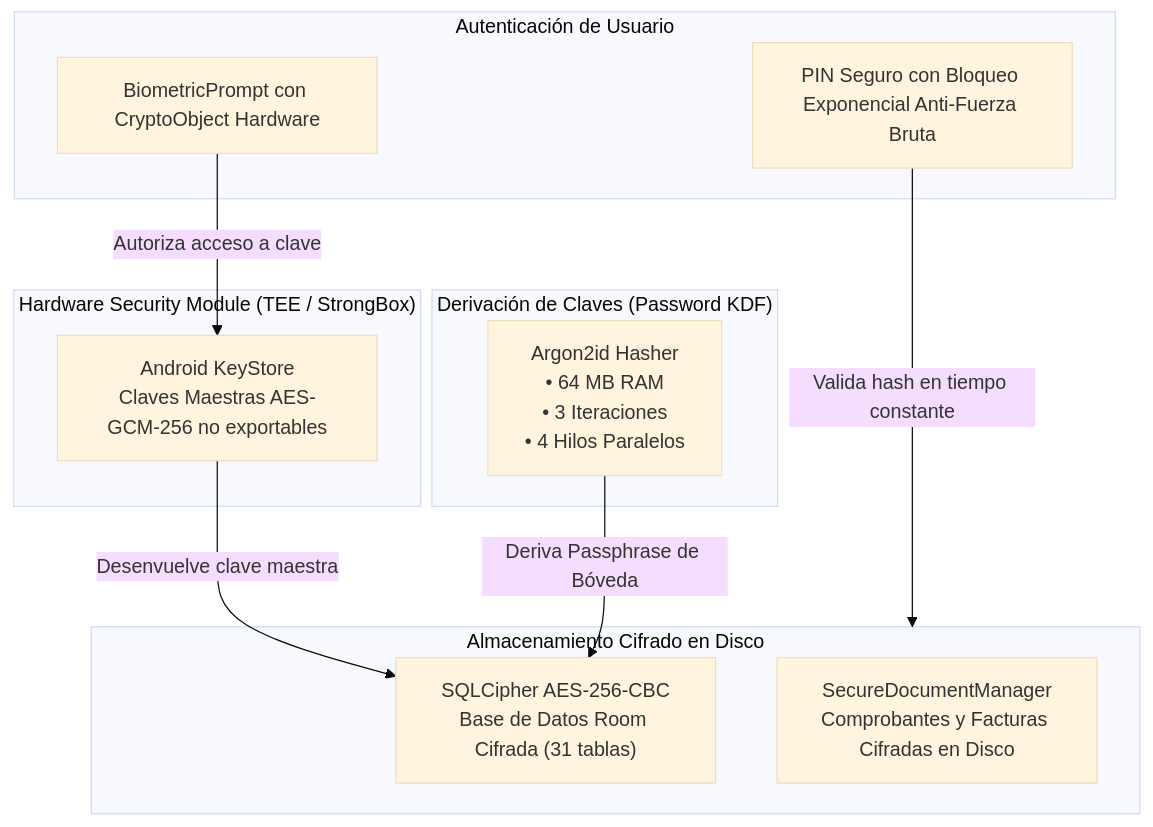
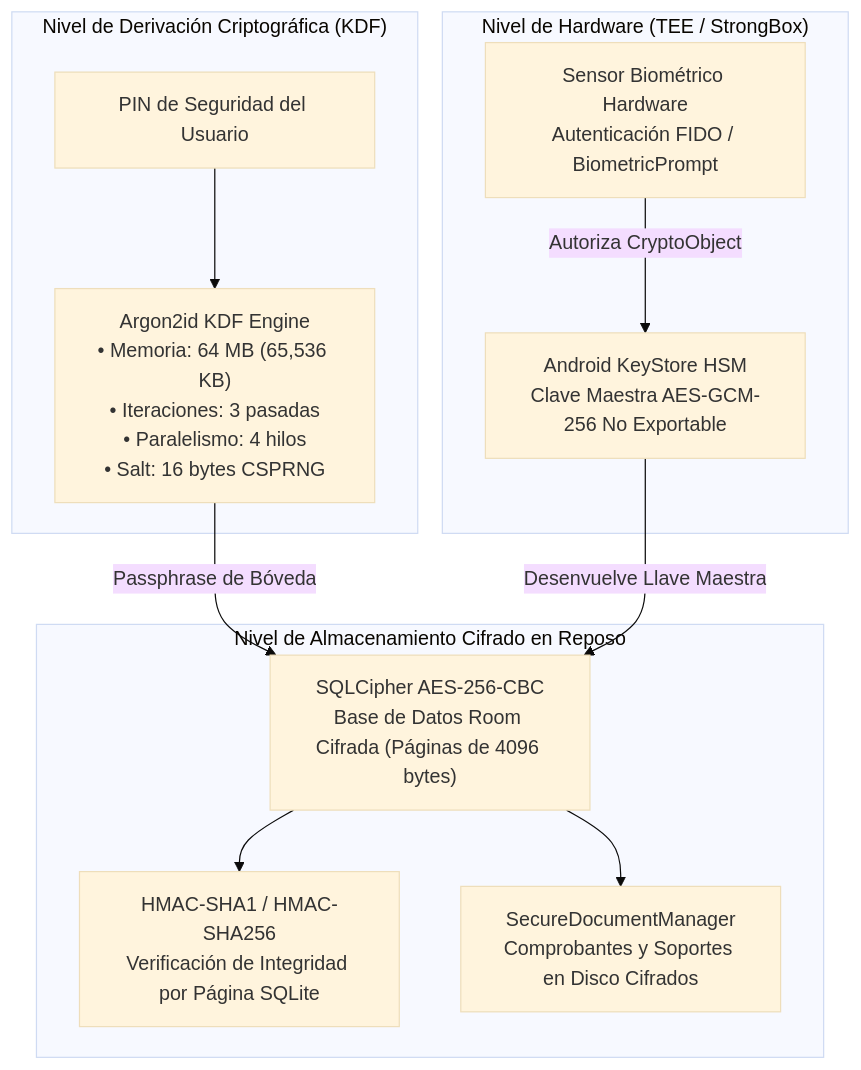
The second of 8 diagrams in README.md (Andrewsscorp/KashAPP), drawn with Mermaid (base theme) before and after one commit. The commit also changed other lines of this file and 5 other files, not shown here.

Commit message:
docs: extend enterprise documentation with 10 visual screenshots, 6 architecture diagrams, deep cryptographic analysis, and exhaustive 3-paragraph per-function breakdown

````diff
--- a/README.md
+++ b/README.md
@@ -157,25 +160,25 @@
 ```mermaid
 flowchart TD
-    subgraph TEE ["Hardware Security Module (TEE / StrongBox)"]
-        Keystore["Android KeyStore<br/>Claves Maestras AES-GCM-256 no exportables"]
+    subgraph Hardware_Layer ["Nivel de Hardware (TEE / StrongBox)"]
+        HSM["Android KeyStore HSM<br/>Clave Maestra AES-GCM-256 No Exportable"]
+        BiometricSensor["Sensor Biométrico Hardware<br/>Autenticación FIDO / BiometricPrompt"]
     end
 
-    subgraph KDF ["Derivación de Claves (Password KDF)"]
-        Argon2["Argon2id Hasher<br/>• 64 MB RAM<br/>• 3 Iteraciones<br/>• 4 Hilos Paralelos"]
+    subgraph KDF_Layer ["Nivel de Derivación Criptográfica (KDF)"]
+        UserPIN["PIN de Seguridad del Usuario"]
+        Argon2id["Argon2id KDF Engine<br/>• Memoria: 64 MB (65,536 KB)<br/>• Iteraciones: 3 pasadas<br/>• Paralelismo: 4 hilos<br/>• Salt: 16 bytes CSPRNG"]
     end
 
-    subgraph Storage ["Almacenamiento Cifrado en Disco"]
-        SQLCipher["SQLCipher AES-256-CBC<br/>Base de Datos Room Cifrada (31 tablas)"]
-        SecureDocs["SecureDocumentManager<br/>Comprobantes y Facturas Cifradas en Disco"]
+    subgraph Storage_Layer ["Nivel de Almacenamiento Cifrado en Reposo"]
+        SQLCipherEngine["SQLCipher AES-256-CBC<br/>Base de Datos Room Cifrada (Páginas de 4096 bytes)"]
+        PageHMAC["HMAC-SHA1 / HMAC-SHA256<br/>Verificación de Integridad por Página SQLite"]
+        DocumentVault["SecureDocumentManager<br/>Comprobantes y Soportes en Disco Cifrados"]
     end
 
-    subgraph Auth ["Autenticación de Usuario"]
-        Biometrics["BiometricPrompt con CryptoObject Hardware"]
-        PIN["PIN Seguro con Bloqueo Exponencial Anti-Fuerza Bruta"]
-    end
-
-    Keystore -->|Desenvuelve clave maestra| SQLCipher
-    Argon2 -->|Deriva Passphrase de Bóveda| SQLCipher
-    Biometrics -->|Autoriza acceso a clave| Keystore
-    PIN -->|Valida hash en tiempo constante| Storage
+    UserPIN --> Argon2id
+    Argon2id -->|Passphrase de Bóveda| SQLCipherEngine
+    BiometricSensor -->|Autoriza CryptoObject| HSM
+    HSM -->|Desenvuelve Llave Maestra| SQLCipherEngine
+    SQLCipherEngine --> PageHMAC
+    SQLCipherEngine --> DocumentVault
 ```
````
